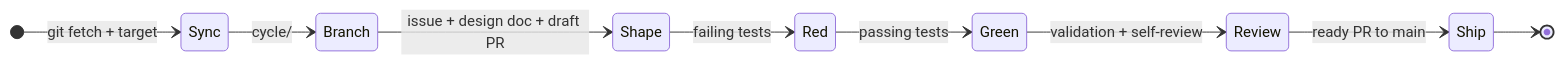
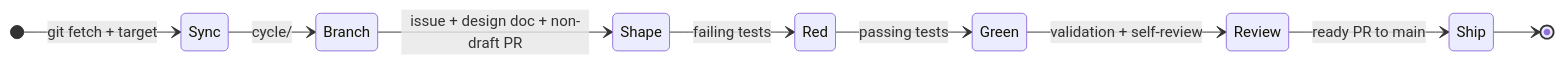
One commit to flyingrobots/bijou changed the diagram in docs/METHOD.md. Above: the diagram before and after it, drawn with Mermaid. The commit also changed other lines of this file and 10 other files, not shown here.

Commit message:
docs: adopt roadmap goalpost policy

````diff
--- a/docs/METHOD.md
+++ b/docs/METHOD.md
@@ -97,12 +127,12 @@
 ```mermaid
 stateDiagram-v2
     direction LR
     [*] --> Sync: git fetch + target
     Sync --> Branch: cycle/
-    Branch --> Shape: issue + design doc + draft PR
+    Branch --> Shape: issue + design doc + non-draft PR
     Shape --> Red: failing tests
     Red --> Green: passing tests
     Green --> Review: validation + self-review
     Review --> Ship: ready PR to main
     Ship --> [*]
 ```
````
